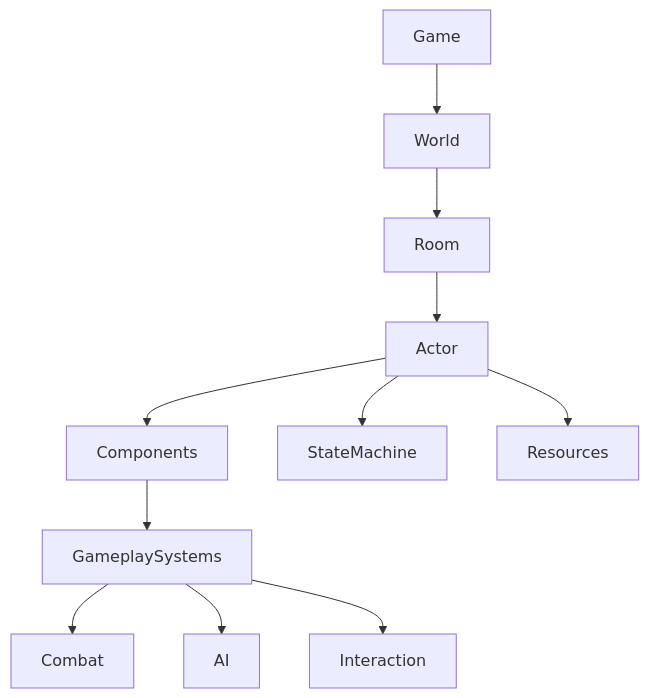
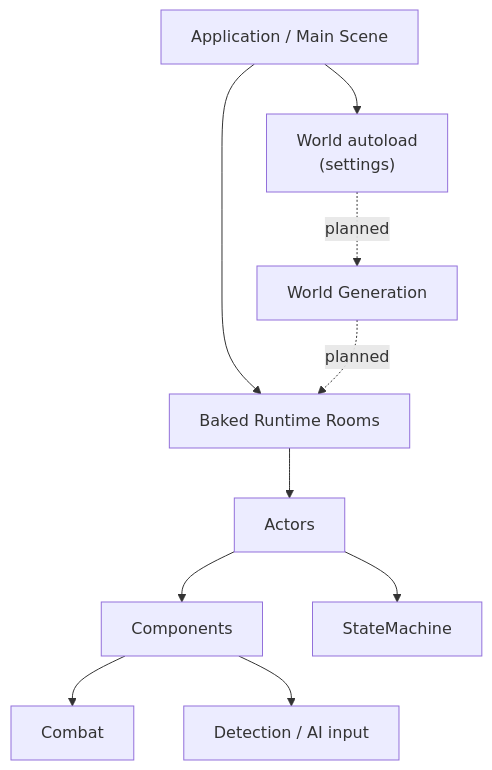
The first of 2 diagrams in docs/architecture/overview.md (iamai74/project-echo), drawn with Mermaid before and after one commit. The commit also changed other lines of this file and 25 other files, not shown here.

````diff
--- a/docs/architecture/overview.md
+++ b/docs/architecture/overview.md
@@ -43,19 +45,16 @@
 ```mermaid
 flowchart TD
 
-	Game --> World
+    App["Application / Main Scene"] --> World["World autoload\n(settings)"]
+    App --> Rooms["Baked Runtime Rooms"]
+    Rooms --> Actors["Actors"]
 
-	World --> Room
+    Actors --> Components
+    Actors --> StateMachine
 
-	Room --> Actor
+    Components --> Combat
+    Components --> Detection["Detection / AI input"]
 
-	Actor --> Components
-	Actor --> StateMachine
-	Actor --> Resources
-
-	Components --> GameplaySystems
-
-	GameplaySystems --> Combat
-	GameplaySystems --> AI
-	GameplaySystems --> Interaction
+    World -. "planned" .-> Generation["World Generation"]
+    Generation -. "planned" .-> Rooms
 ```
````
